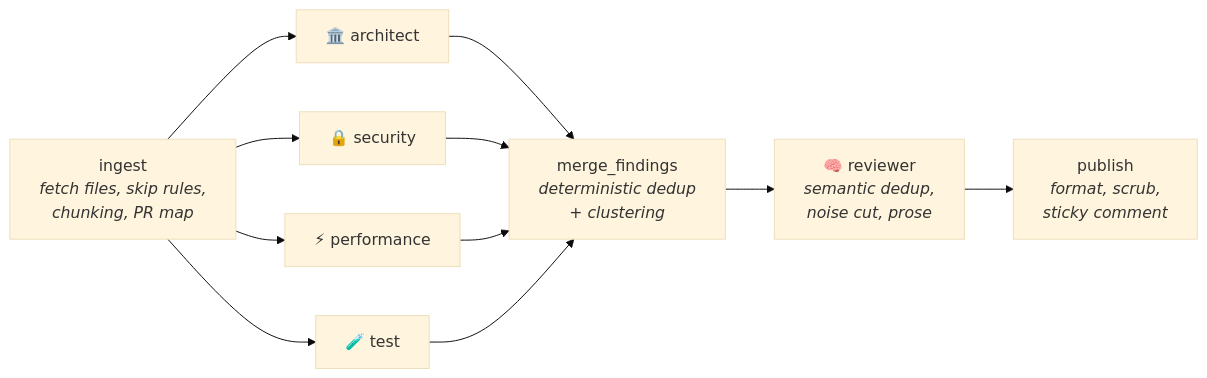
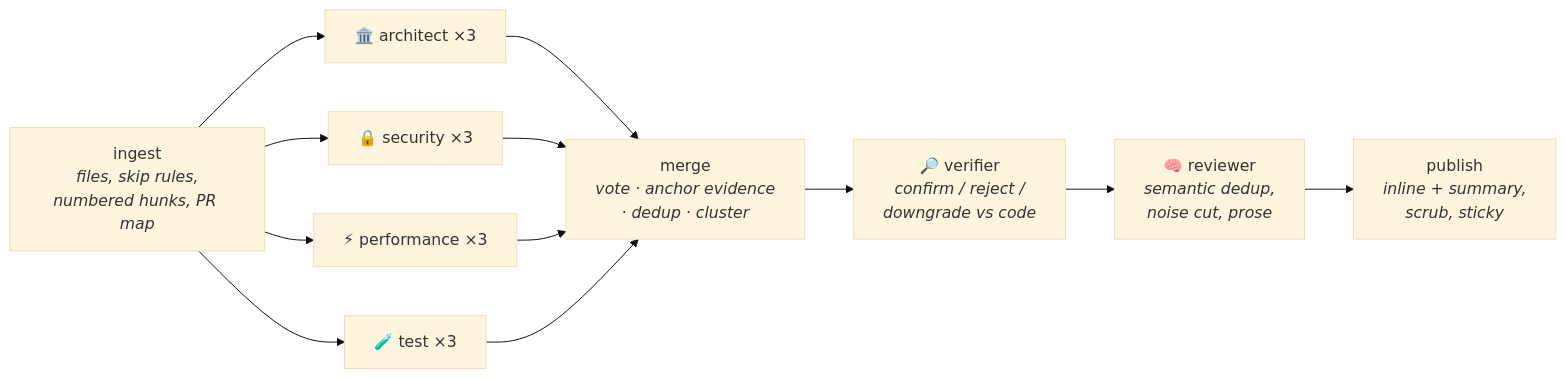
One commit to moazmo/pr-sentinel changed the diagram in README.md. Above: the diagram before and after it, drawn with Mermaid (base theme). The commit also changed other lines of this file and 8 other files, not shown here.

````diff
--- a/README.md
+++ b/README.md
@@ -78,13 +79,14 @@
 ```mermaid
 graph LR
-    A[ingest<br/><i>fetch files, skip rules,<br/>chunking, PR map</i>] --> B[🏛️ architect]
-    A --> C[🔒 security]
-    A --> D[⚡ performance]
-    A --> E[🧪 test]
-    B --> F[merge_findings<br/><i>deterministic dedup<br/>+ clustering</i>]
+    A[ingest<br/><i>files, skip rules,<br/>numbered hunks, PR map</i>] --> B[🏛️ architect ×3]
+    A --> C[🔒 security ×3]
+    A --> D[⚡ performance ×3]
+    A --> E[🧪 test ×3]
+    B --> F[merge<br/><i>vote · anchor evidence<br/>· dedup · cluster</i>]
     C --> F
     D --> F
     E --> F
-    F --> G[🧠 reviewer<br/><i>semantic dedup,<br/>noise cut, prose</i>]
-    G --> H[publish<br/><i>format, scrub,<br/>sticky comment</i>]
+    F --> V[🔎 verifier<br/><i>confirm / reject /<br/>downgrade vs code</i>]
+    V --> G[🧠 reviewer<br/><i>semantic dedup,<br/>noise cut, prose</i>]
+    G --> H[publish<br/><i>inline + summary,<br/>scrub, sticky</i>]
 ```
````
